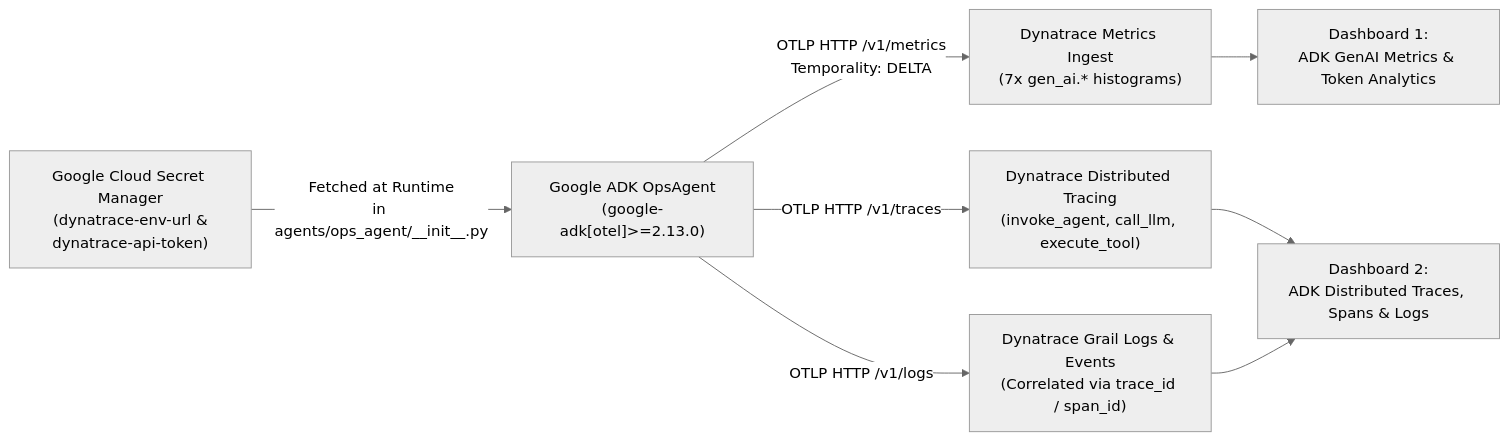
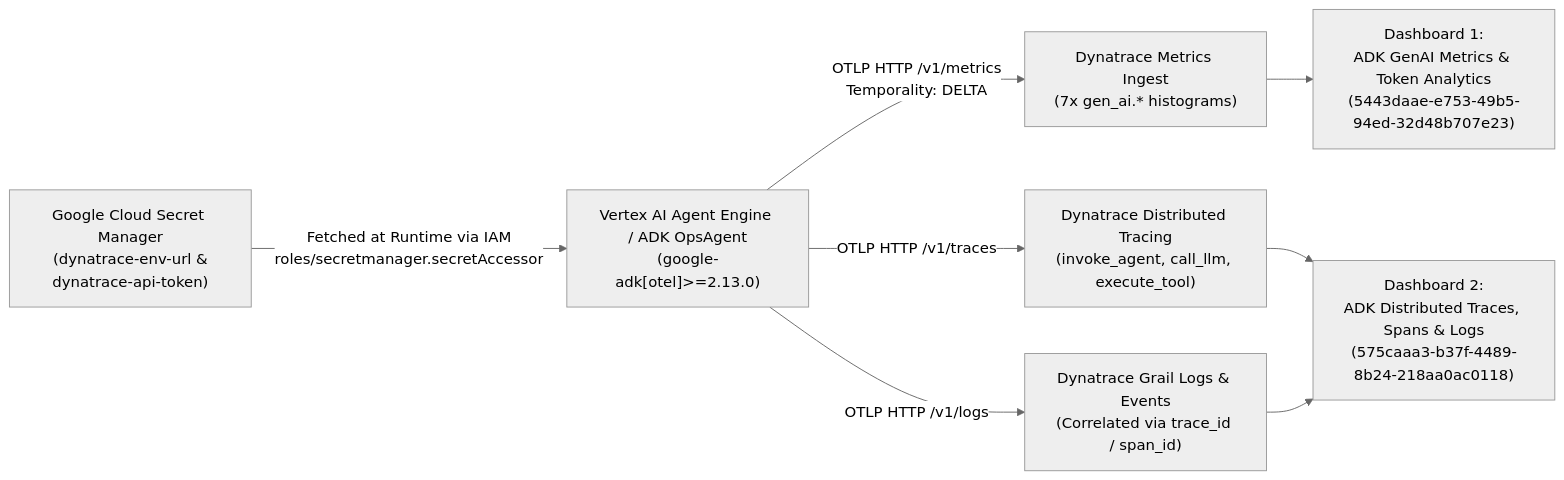
The diagram in deploy/dynatrace/README.md (naveen-engg/google-adk-local-observability), drawn with Mermaid (neutral theme) before and after one commit. The commit also changed other lines of this file and 3 other files, not shown here.

Commit message:
feat(agent_engine): enable Dynatrace Secret Manager export on Vertex AI Agent Engine and update docs

````diff
--- a/deploy/dynatrace/README.md
+++ b/deploy/dynatrace/README.md
@@ -9,12 +9,12 @@
 ```mermaid
 flowchart LR
-    SM["Google Cloud Secret Manager\n(dynatrace-env-url &\ndynatrace-api-token)"] -->|Fetched at Runtime\nin agents/ops_agent/__init__.py| Agent["Google ADK OpsAgent\n(google-adk[otel]>=2.13.0)"]
+    SM["Google Cloud Secret Manager\n(dynatrace-env-url &\ndynatrace-api-token)"] -->|Fetched at Runtime via IAM\nroles/secretmanager.secretAccessor| Agent["Vertex AI Agent Engine / ADK OpsAgent\n(google-adk[otel]>=2.13.0)"]
     
     Agent -->|OTLP HTTP /v1/metrics\nTemporality: DELTA| DTM["Dynatrace Metrics Ingest\n(7x gen_ai.* histograms)"]
     Agent -->|OTLP HTTP /v1/traces| DTT["Dynatrace Distributed Tracing\n(invoke_agent, call_llm, execute_tool)"]
     Agent -->|OTLP HTTP /v1/logs| DTL["Dynatrace Grail Logs & Events\n(Correlated via trace_id / span_id)"]
 
-    DTM --> Dash1["Dashboard 1:\nADK GenAI Metrics & Token Analytics"]
-    DTT --> Dash2["Dashboard 2:\nADK Distributed Traces, Spans & Logs"]
+    DTM --> Dash1["Dashboard 1:\nADK GenAI Metrics & Token Analytics\n(5443daae-e753-49b5-94ed-32d48b707e23)"]
+    DTT --> Dash2["Dashboard 2:\nADK Distributed Traces, Spans & Logs\n(575caaa3-b37f-4489-8b24-218aa0ac0118)"]
     DTL --> Dash2
 ```
````
